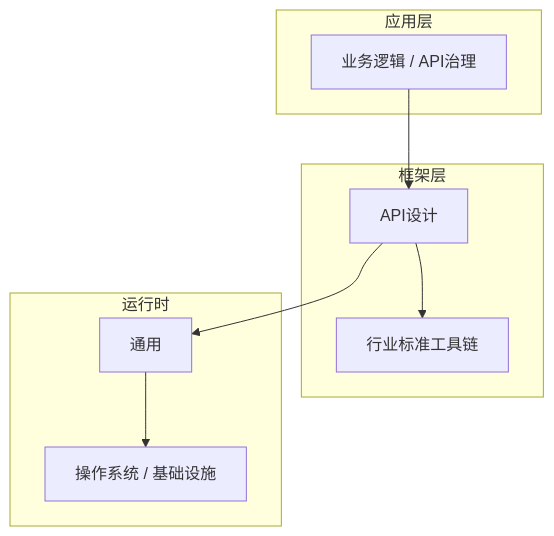
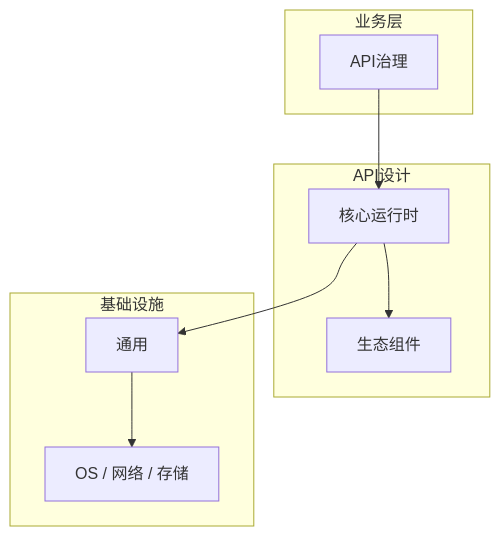
Before and after one commit to yanggan2015/knowledge-json-v2: the diagram in articles/API设计/chapters/061-API治理核心概念与原理.md, drawn with Mermaid. The commit also changed other lines of this file and 10127 other files, not shown here.

````diff
--- a/articles/API设计/chapters/061-API治理核心概念与原理.md
+++ b/articles/API设计/chapters/061-API治理核心概念与原理.md
@@ -45,18 +34,18 @@
 ```mermaid
 graph TB
-    subgraph 应用层
-        A[业务逻辑 / API治理]
+    subgraph 业务层
+        A[API治理]
     end
-    subgraph 框架层
-        B[API设计]
-        C[行业标准工具链]
+    subgraph API设计
+        B[核心运行时]
+        C[生态组件]
     end
-    subgraph 运行时
+    subgraph 基础设施
         D[通用]
-        E[操作系统 / 基础设施]
+        E[OS / 网络 / 存储]
     end
     A --> B
     B --> C
     B --> D
     D --> E
 ```
````
